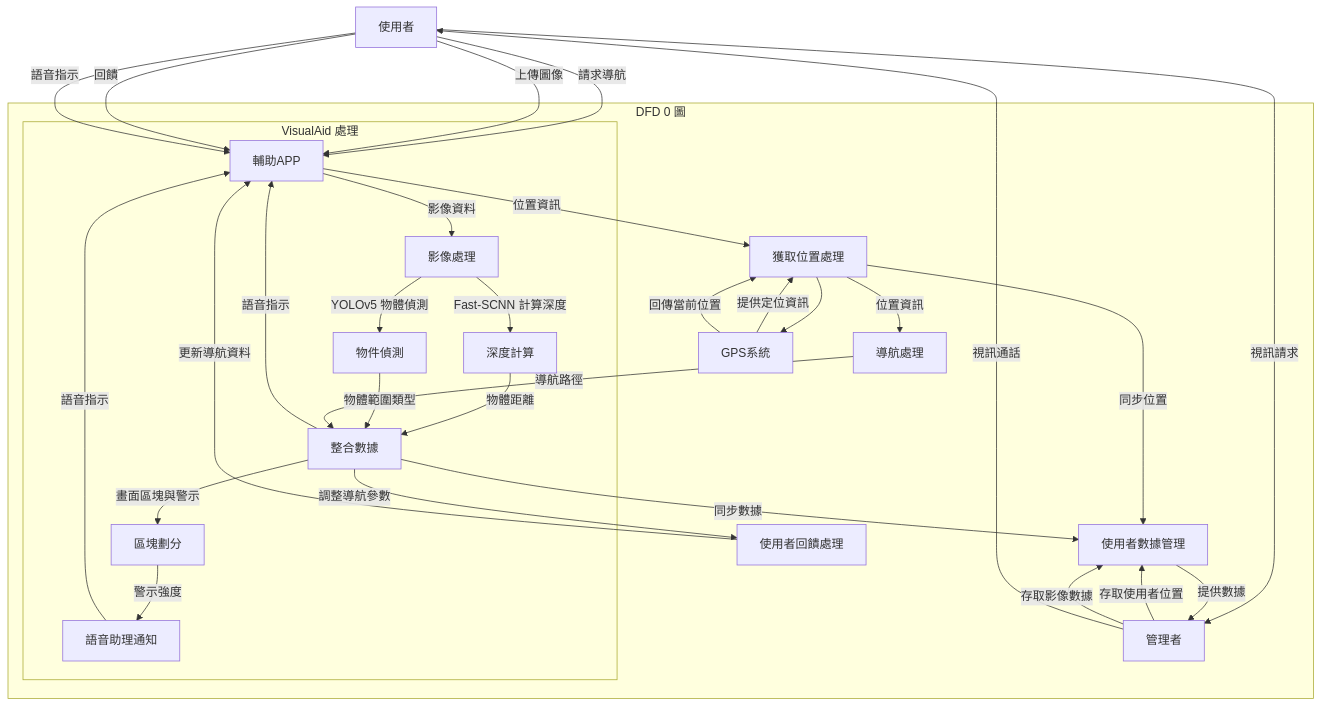
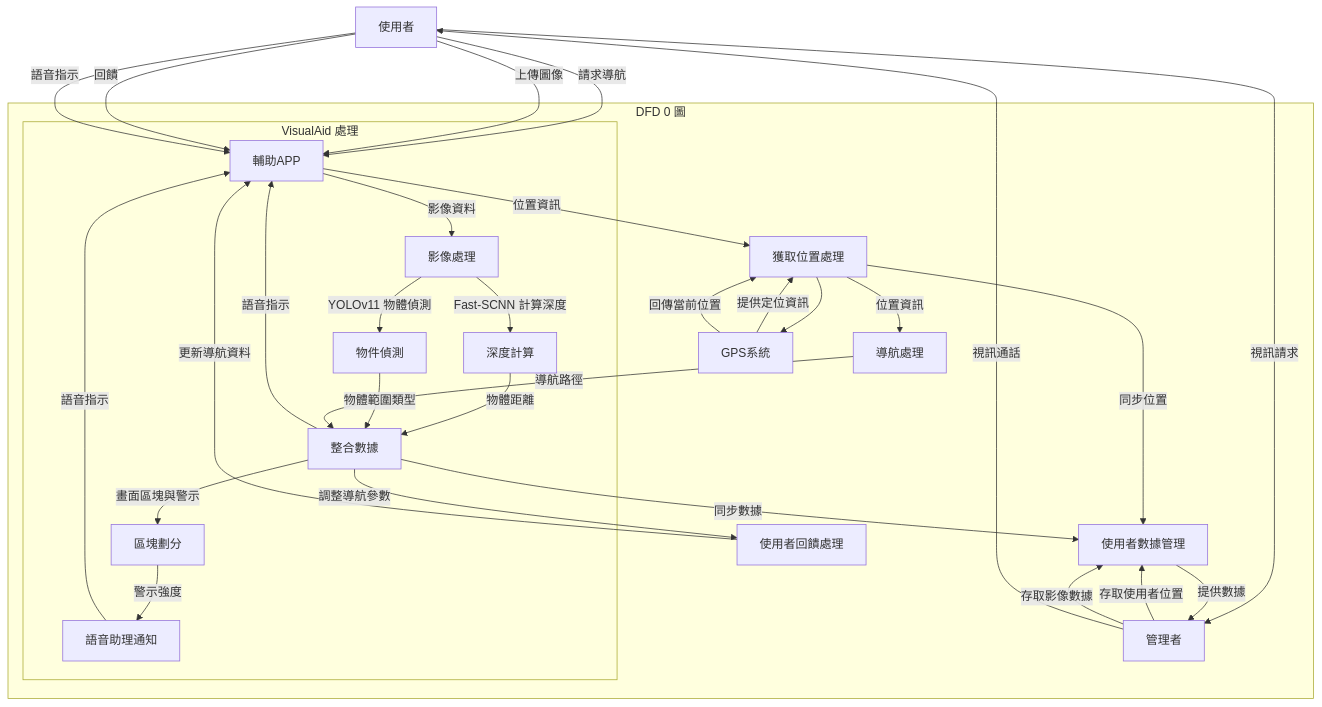
The third of 3 diagrams in flowchart.md (C111118204/visual-aid-system), drawn with Mermaid before and after one commit.

````diff
--- a/flowchart.md
+++ b/flowchart.md
@@ -53,48 +53,48 @@
 ```mermaid
 flowchart TD
     %% 定義外部實體
     使用者 -->|請求導航| 輔助APP
     使用者 -->|上傳圖像| 輔助APP
     使用者 -->|回饋| 輔助APP
     使用者 -->|視訊請求| 管理者
 
     管理者 -->|存取使用者位置| 使用者數據管理
     管理者 -->|存取影像數據| 使用者數據管理
     管理者 -->|視訊通話| 使用者
 
     GPS系統 -->|提供定位資訊| 獲取位置處理
 
     %% 定義系統內部處理
     subgraph "DFD 0 圖" 
         輔助APP -->|位置資訊| 獲取位置處理
         獲取位置處理 --> GPS系統
         GPS系統 -->|回傳當前位置| 獲取位置處理
         獲取位置處理 -->|位置資訊| 導航處理
         
         %% 視覺輔助流程
         輔助APP -->|影像資料| 影像處理
         subgraph "VisualAid 處理"
             影像處理 -->|Fast-SCNN 計算深度| 深度計算
-            影像處理 -->|YOLOv5 物體偵測| 物件偵測
+            影像處理 -->|YOLOv11 物體偵測| 物件偵測
             深度計算 -->|物體距離| 整合數據
             物件偵測 -->|物體範圍類型| 整合數據
             整合數據 -->|畫面區塊與警示| 區塊劃分
             區塊劃分 -->|警示強度| 語音助理通知
             語音助理通知 -->|語音指示| 輔助APP
         end
         
         導航處理 -->|導航路徑| 整合數據
         整合數據 -->|語音指示| 輔助APP
         
         整合數據 -->|調整導航參數| 使用者回饋處理
         使用者回饋處理 -->|更新導航資料| 輔助APP
 
         %% 管理者存取數據
         整合數據 -->|同步數據| 使用者數據管理
         獲取位置處理 -->|同步位置| 使用者數據管理
         使用者數據管理 -->|提供數據| 管理者
     end
     
     %% 定義外部實體與系統的互動
     使用者 -->|語音指示| 輔助APP
 ```
````
